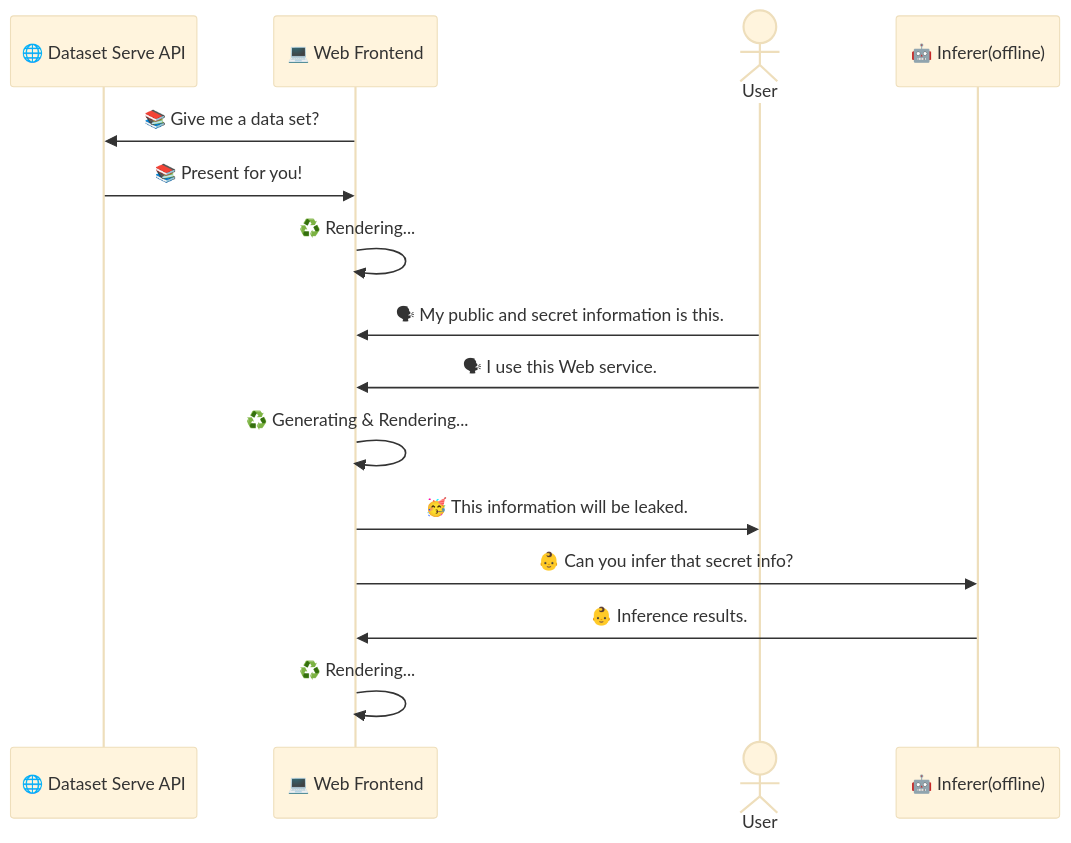
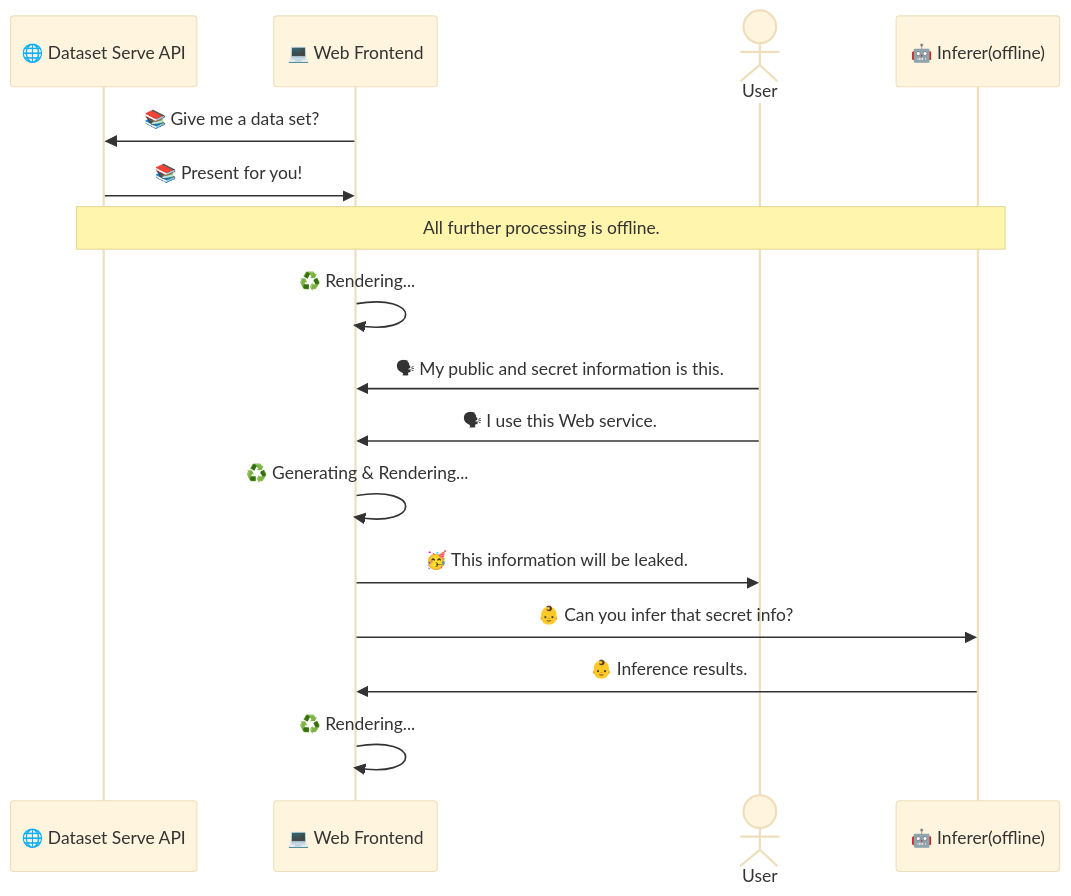
Before and after one commit to xryuseix/LeftoverFood: the diagram in README.md, drawn with Mermaid (base theme).

Commit message:
docs: update sequenceDiagram

````diff
--- a/README.md
+++ b/README.md
@@ -7,18 +7,19 @@
 ```mermaid
 sequenceDiagram
     participant API as 🌐 Dataset Serve API
     participant Front as 💻 Web Frontend
     actor User as User
     participant Inferer as 🤖 Inferer(offline)
 
     Front->>API: 📚 Give me a data set?
     API->>Front: 📚 Present for you!
+    Note over API, Inferer: All further processing is offline.
     Front->>Front: ♻️ Rendering...
     User->>Front: 🗣 My public and secret information is this.
     User->>Front: 🗣 I use this Web service.
     Front->>Front: ♻️ Generating & Rendering...
     Front->>User: 🥳 This information will be leaked.
     Front->>Inferer: 👶 Can you infer that secret info?
     Inferer->>Front: 👶 Inference results.
     Front->>Front: ♻️ Rendering...
 ```
````
